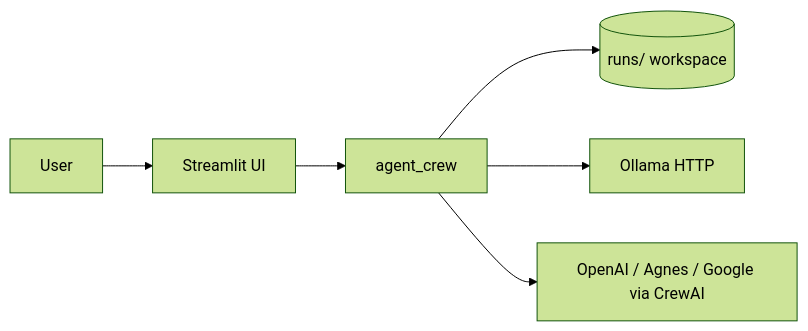
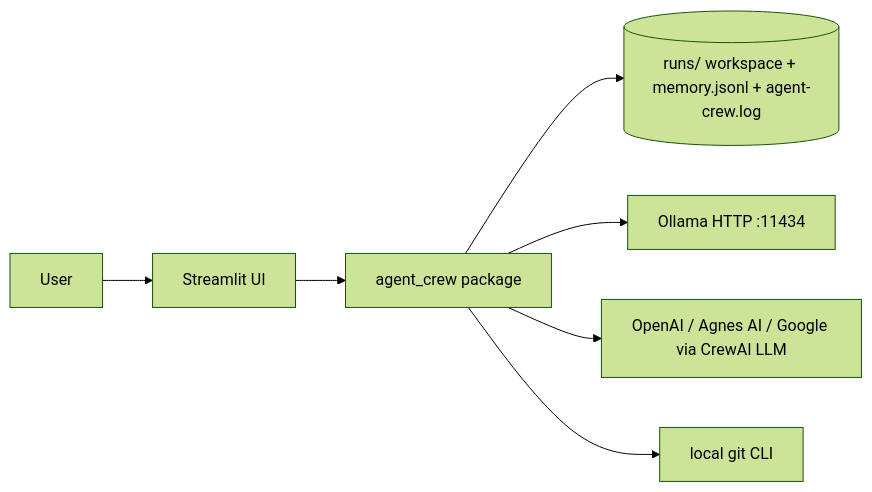
One commit to pypi-ahmad/autonomous-coding-agent-crew changed the first of 5 diagrams in ARCHITECTURE.md. Above: the diagram before and after it, drawn with Mermaid (forest theme). The commit also changed other lines of this file, not shown here.

````diff
--- a/ARCHITECTURE.md
+++ b/ARCHITECTURE.md
@@ -158,8 +163,9 @@
 ```mermaid
 flowchart LR
   User --> UI[Streamlit UI]
-  UI --> Crew[agent_crew]
-  Crew --> FS[(runs/ workspace)]
-  Crew --> Ollama[Ollama HTTP]
-  Crew --> Cloud[OpenAI / Agnes / Google via CrewAI]
+  UI --> Crew[agent_crew package]
+  Crew --> FS[(runs/ workspace + memory.jsonl + agent-crew.log)]
+  Crew --> Ollama[Ollama HTTP :11434]
+  Crew --> Cloud[OpenAI / Agnes AI / Google via CrewAI LLM]
+  Crew --> Git[local git CLI]
 ```
````
